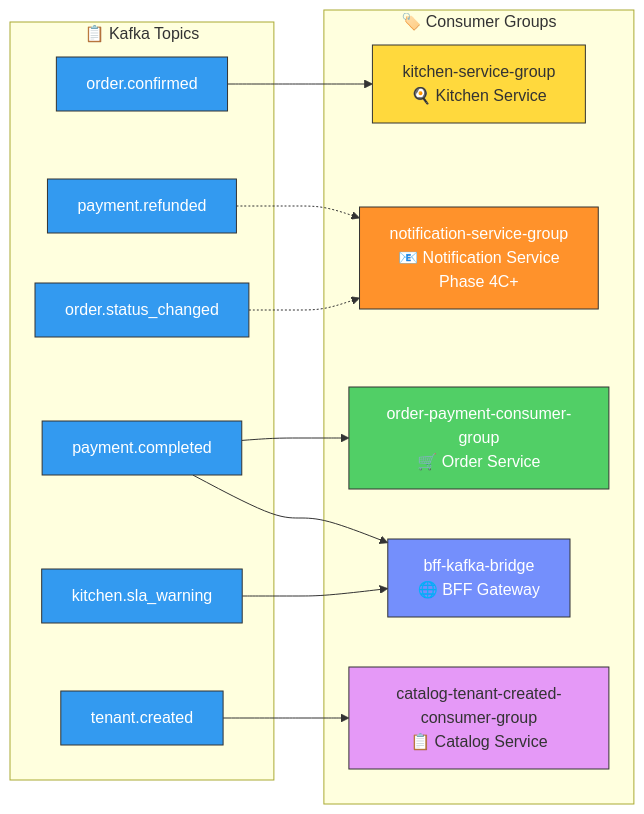
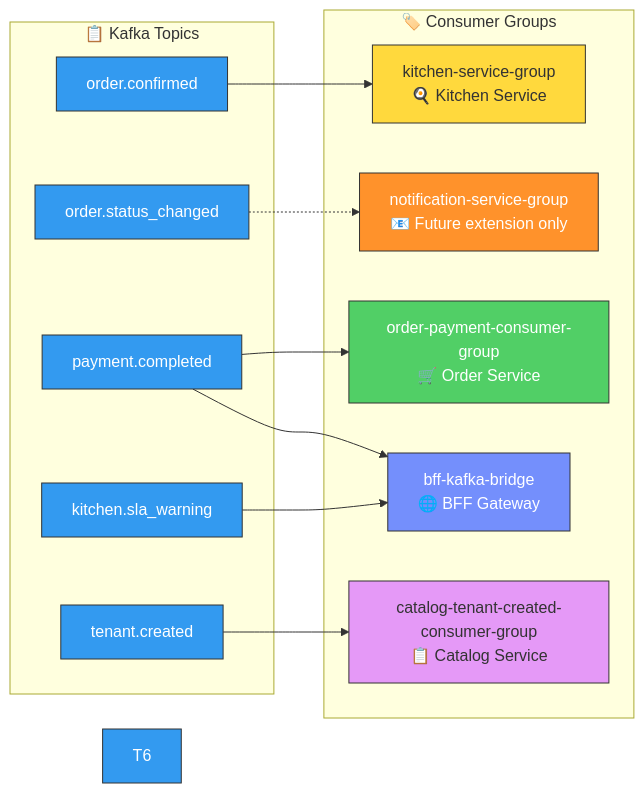
Diagram 34 of 38 in docs/guides/kafka-qrtable.md (quan-vo-dinh/saas-pos-microservices-qrtable), drawn with Mermaid before and after one commit. The commit also changed other lines of this file and 31 other files, not shown here.

First line of the commit message:
docs: narrow phase 4c to staff management and drop notification scope

````diff
--- a/docs/guides/kafka-qrtable.md
+++ b/docs/guides/kafka-qrtable.md
@@ -1607,42 +1601,40 @@
 ```mermaid
 graph LR
     subgraph TOPICS["📋 Kafka Topics"]
         T1["order.confirmed"]
         T2["payment.completed"]
         T3["kitchen.sla_warning"]
         T4["tenant.created"]
-        T5["payment.refunded"]
-        T6["order.status_changed"]
+        T5["order.status_changed"]
     end
 
     subgraph GROUPS["🏷️ Consumer Groups"]
         G1["kitchen-service-group<br/>🍳 Kitchen Service"]
-        G2["notification-service-group<br/>📧 Notification Service<br/>Phase 4C+"]
+        G2["notification-service-group<br/>📧 Future extension only"]
         G3["order-payment-consumer-group<br/>🛒 Order Service"]
         G4["bff-kafka-bridge<br/>🌐 BFF Gateway"]
         G5["catalog-tenant-created-consumer-group<br/>📋 Catalog Service"]
     end
 
     T1 --> G1
     T2 --> G3
     T2 --> G4
 
     T3 --> G4
 
     T4 --> G5
 
     T5 -.-> G2
-    T6 -.-> G2
 
     style T1 fill:#339af0,stroke:#333,color:#fff
     style T2 fill:#339af0,stroke:#333,color:#fff
     style T3 fill:#339af0,stroke:#333,color:#fff
     style T4 fill:#339af0,stroke:#333,color:#fff
     style T5 fill:#339af0,stroke:#333,color:#fff
     style T6 fill:#339af0,stroke:#333,color:#fff
     style G1 fill:#ffd93d,stroke:#333,color:#333
     style G2 fill:#ff922b,stroke:#333,color:#fff
     style G3 fill:#51cf66,stroke:#333,color:#fff
     style G4 fill:#748ffc,stroke:#333,color:#fff
     style G5 fill:#e599f7,stroke:#333,color:#333
 ```
````
